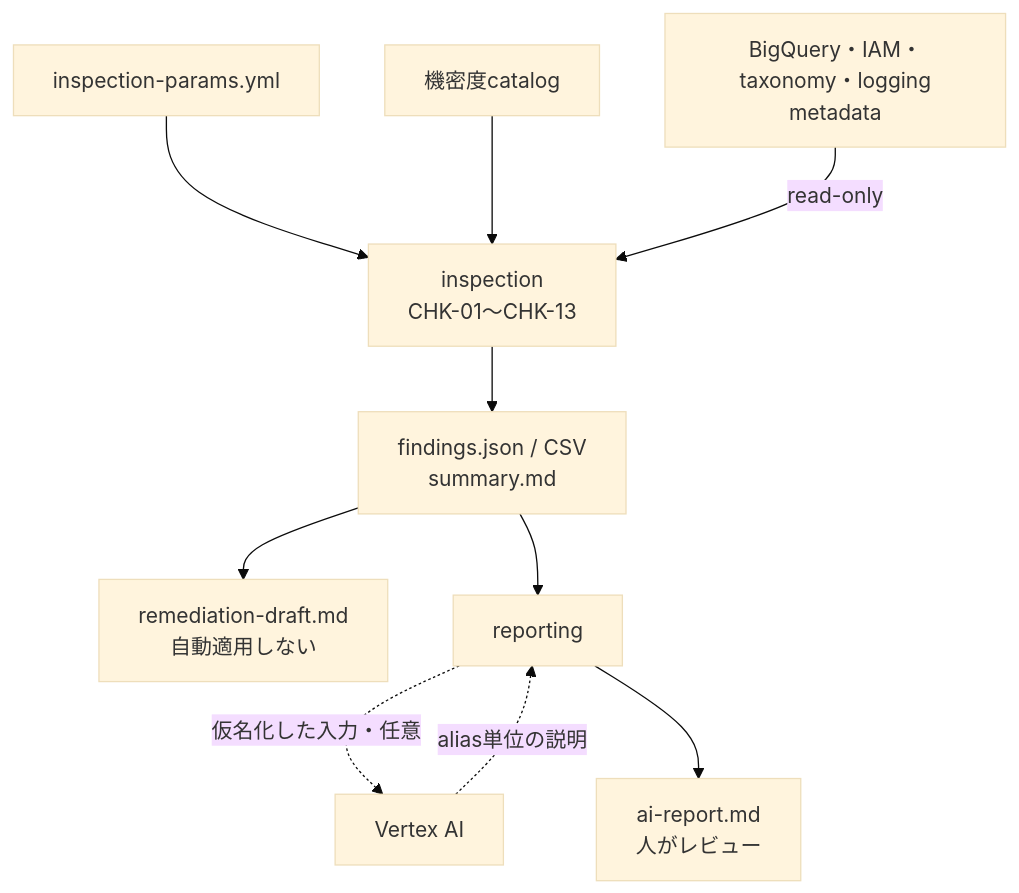
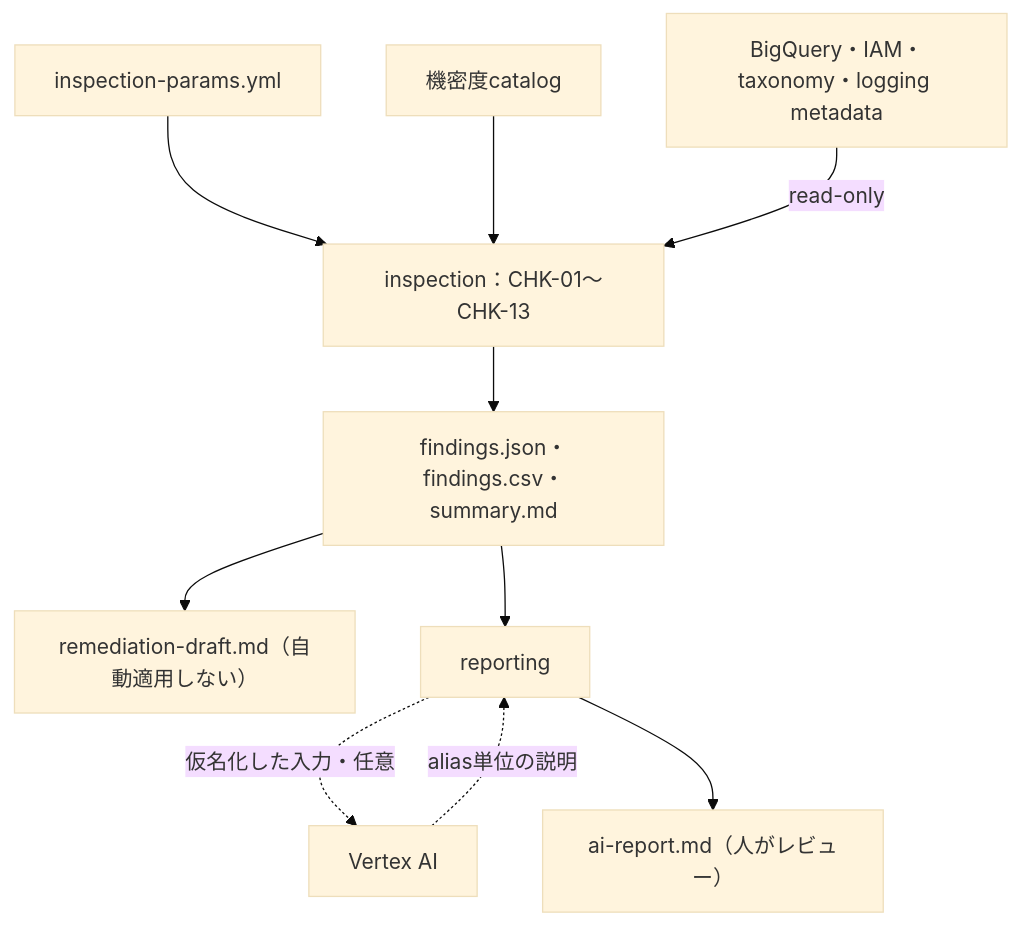
The fourth of 5 diagrams in docs/requirements/README.md (Yukihide-Mitsuoka/secure-ga4-bq-template), drawn with Mermaid (base theme) before and after one commit. The commit also changed other lines of this file, not shown here.

Commit message:
docs: improve architecture diagram labels

````diff
--- a/docs/requirements/README.md
+++ b/docs/requirements/README.md
@@ -86,12 +86,12 @@
 ```mermaid
 flowchart TB
-  PARAMS["inspection-params.yml"] --> INSPECT["inspection<br/>CHK-01〜CHK-13"]
+  PARAMS["inspection-params.yml"] --> INSPECT["inspection：CHK-01〜CHK-13"]
   CATALOG["機密度catalog"] --> INSPECT
-  META["BigQuery・IAM・taxonomy・logging<br/>metadata"] -->|"read-only"| INSPECT
-  INSPECT --> FINDINGS["findings.json / CSV<br/>summary.md"]
-  FINDINGS --> REMEDIATION["remediation-draft.md<br/>自動適用しない"]
+  META["BigQuery・IAM・taxonomy・logging metadata"] -->|"read-only"| INSPECT
+  INSPECT --> FINDINGS["findings.json・findings.csv・summary.md"]
+  FINDINGS --> REMEDIATION["remediation-draft.md（自動適用しない）"]
   FINDINGS --> REPORTING["reporting"]
   REPORTING -. "仮名化した入力・任意" .-> VERTEX["Vertex AI"]
   VERTEX -. "alias単位の説明" .-> REPORTING
-  REPORTING --> AI["ai-report.md<br/>人がレビュー"]
+  REPORTING --> AI["ai-report.md（人がレビュー）"]
 ```
````
